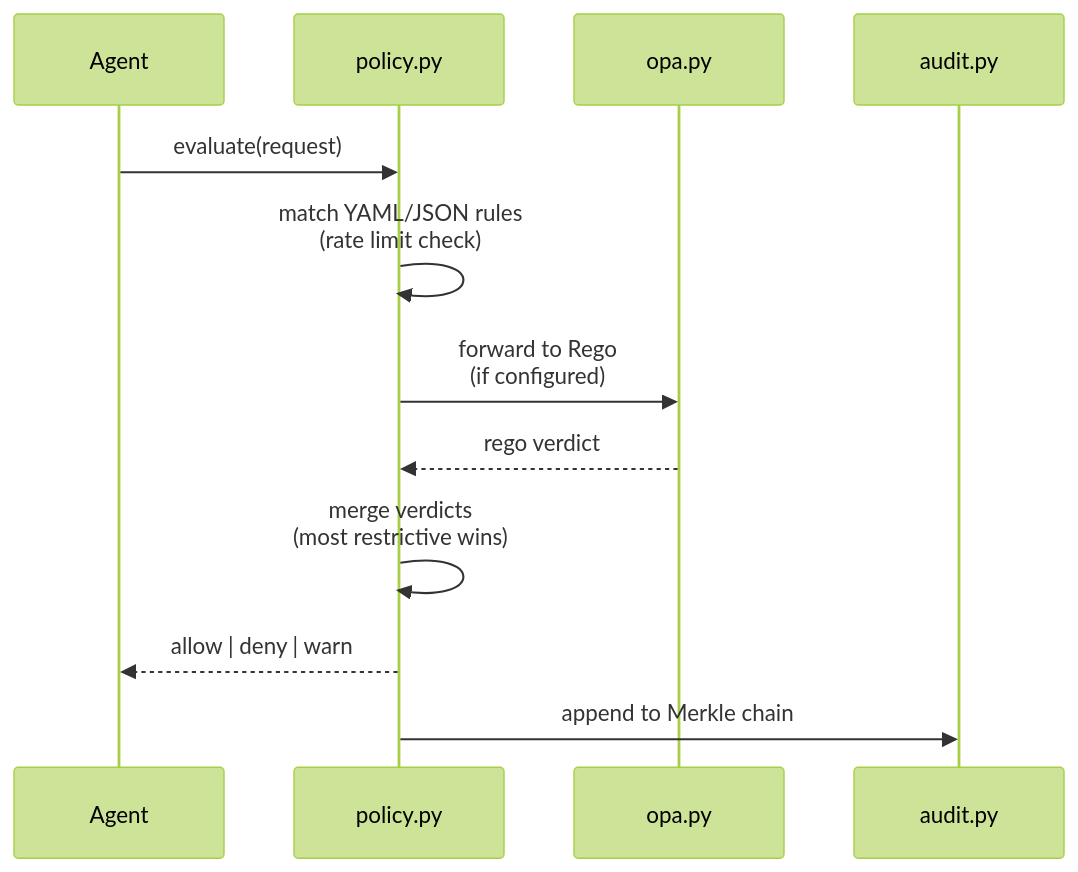
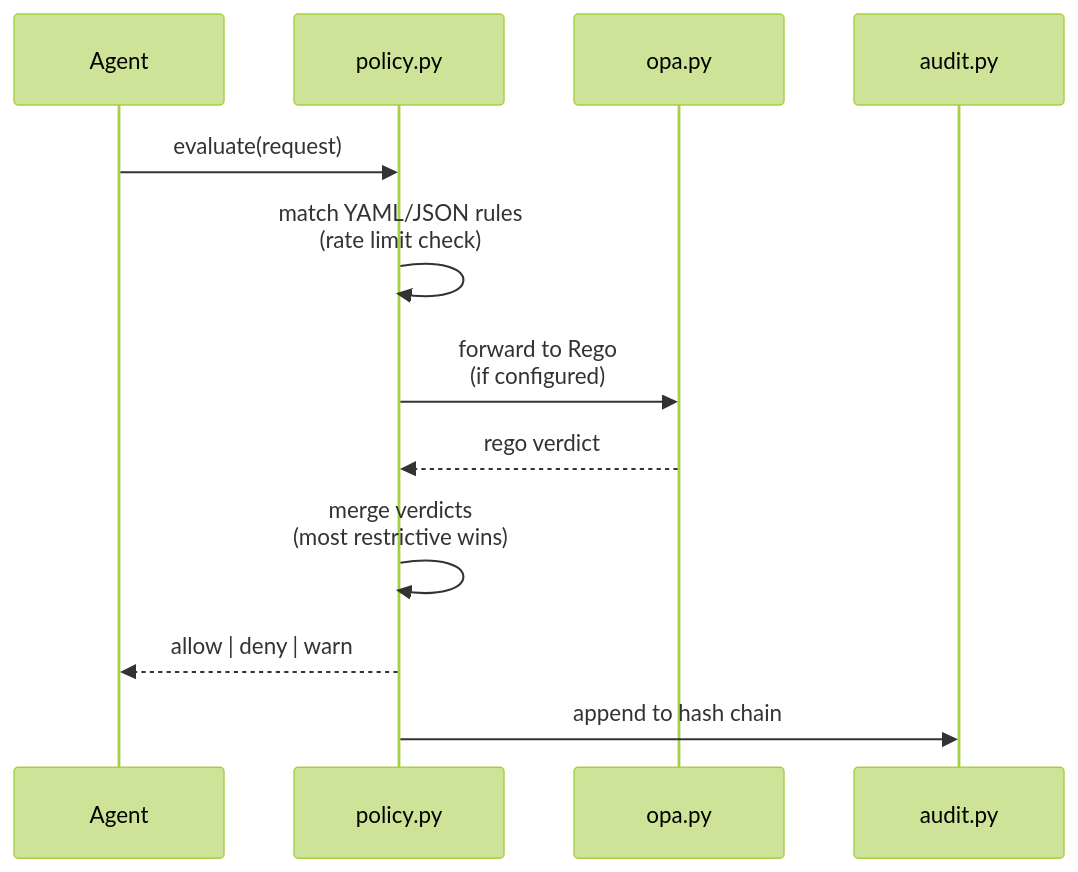
Before and after one commit to imran-siddique/agent-mesh: the ninth of 12 diagrams in ARCHITECTURE.md, drawn with Mermaid (forest theme). The commit also changed other lines of this file and 57 other files, not shown here.

````diff
--- a/ARCHITECTURE.md
+++ b/ARCHITECTURE.md
@@ -279,15 +279,15 @@
 ```mermaid
 sequenceDiagram
     participant Agent
     participant Policy as policy.py
     participant OPA as opa.py
     participant Audit as audit.py
 
     Agent->>Policy: evaluate(request)
     Policy->>Policy: match YAML/JSON rules<br/>(rate limit check)
     Policy->>OPA: forward to Rego<br/>(if configured)
     OPA-->>Policy: rego verdict
     Policy->>Policy: merge verdicts<br/>(most restrictive wins)
     Policy-->>Agent: allow | deny | warn
-    Policy->>Audit: append to Merkle chain
+    Policy->>Audit: append to hash chain
 ```
````
